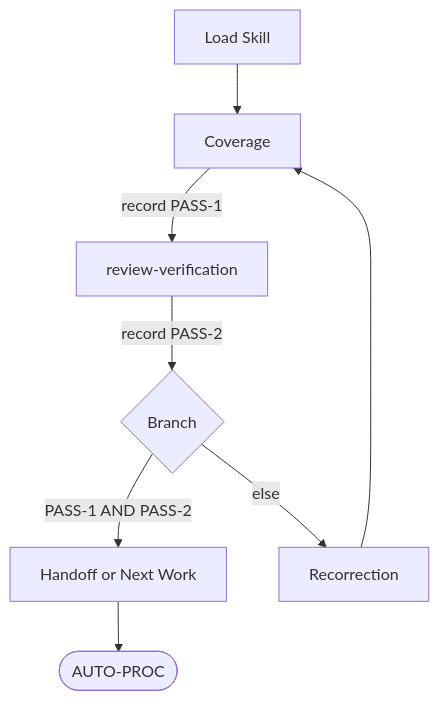
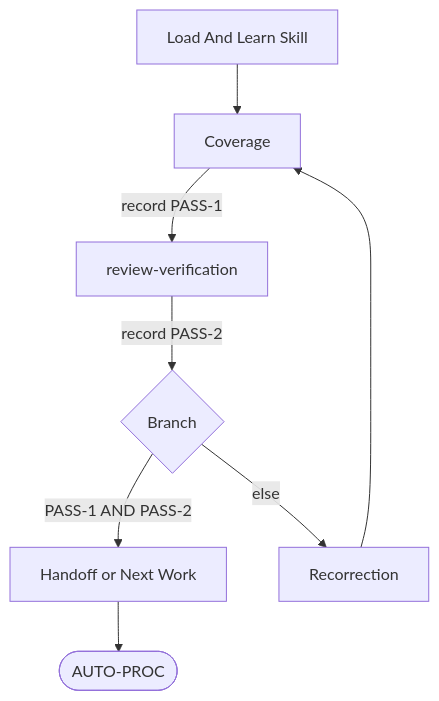
One commit to Daeil0209/agent_team changed the diagram in .claude/skills/self-verification/SKILL.md. Above: the diagram before and after it, drawn with Mermaid. The commit also changed other lines of this file and 114 other files, not shown here.

````diff
--- a/.claude/skills/self-verification/SKILL.md
+++ b/.claude/skills/self-verification/SKILL.md
@@ -16,5 +16,5 @@
 ```mermaid
 flowchart TD
-    Step1[Load Skill] --> Step2[Coverage] -->|record PASS-1| Step3[review-verification] -->|record PASS-2| Step4{Branch} -->|PASS-1 AND PASS-2| Step6[Handoff or Next Work] --> END([AUTO-PROC])
+    Step1[Load And Learn Skill] --> Step2[Coverage] -->|record PASS-1| Step3[review-verification] -->|record PASS-2| Step4{Branch} -->|PASS-1 AND PASS-2| Step6[Handoff or Next Work] --> END([AUTO-PROC])
     Step4 -->|else| Step5[Recorrection] --> Step2
 ```
````
